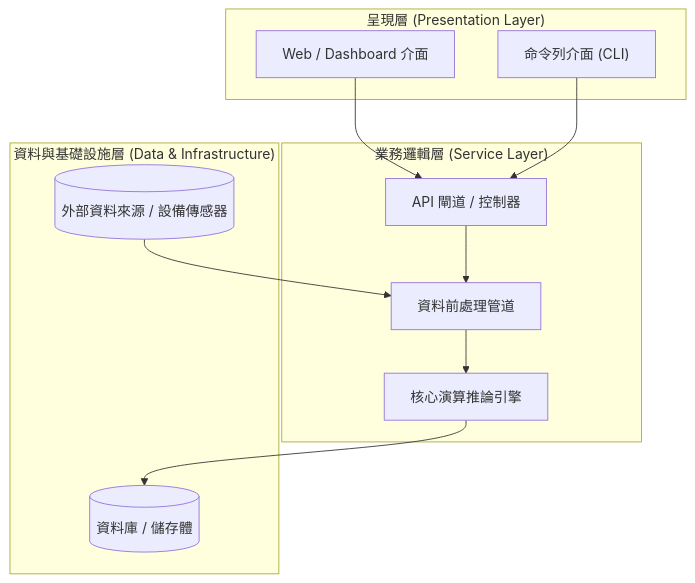
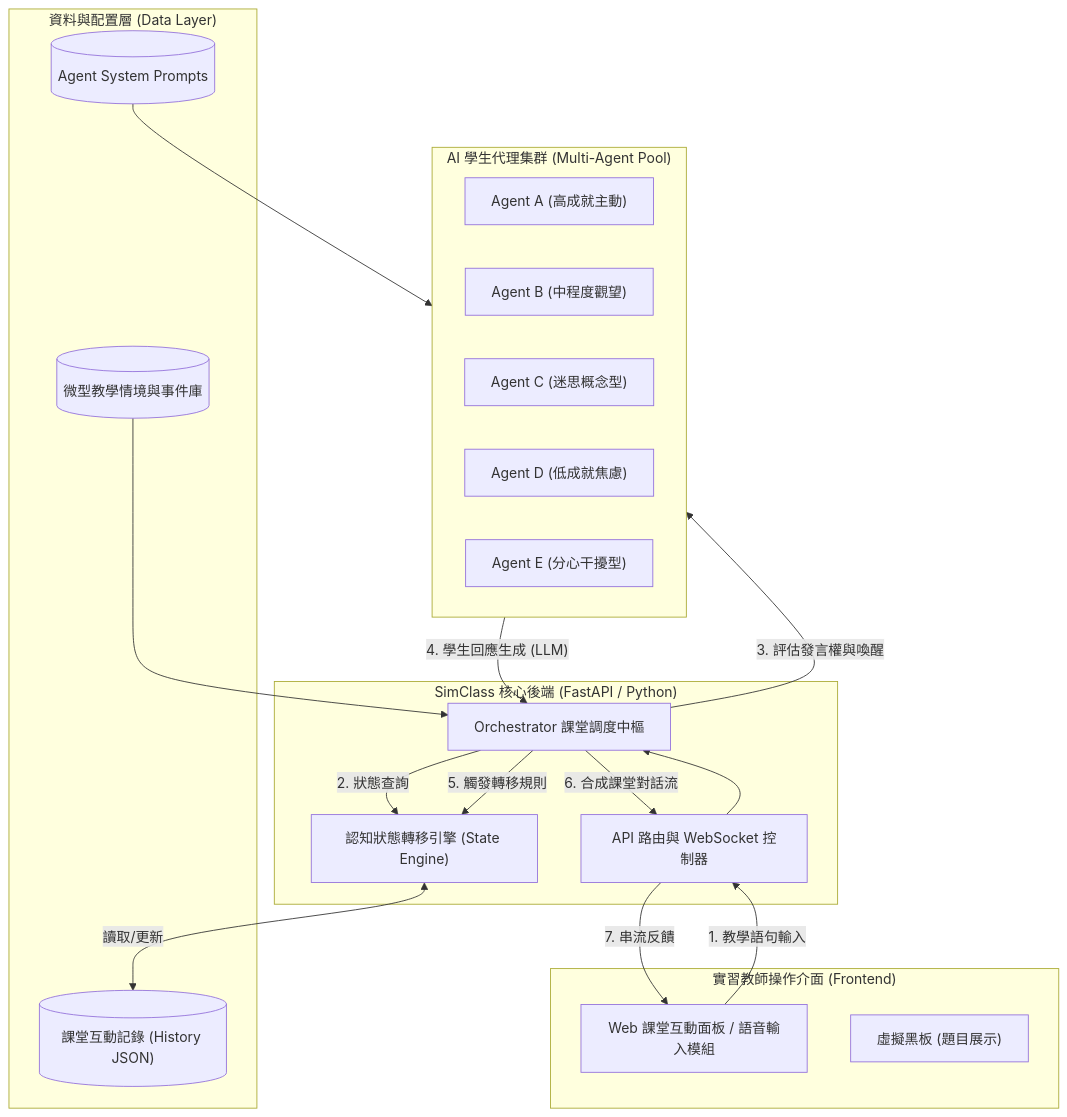
Before and after one commit to Ho-yu-chiao/senior-project: the first of 2 diagrams in docs/spec/architecture.md, drawn with Mermaid. The commit also changed other lines of this file and 18 other files, not shown here.

Commit message:
feat: 整合 Google 文件之 SimClass 教學腳本、Agent Cards 與調度器設計

````diff
--- a/docs/spec/architecture.md
+++ b/docs/spec/architecture.md
@@ -11,25 +11,40 @@
 ```mermaid
 graph TD
-    subgraph UI["呈現層 (Presentation Layer)"]
-        WebUI["Web / Dashboard 介面"]
-        CLI["命令列介面 (CLI)"]
+    subgraph Client["實習教師操作介面 (Frontend)"]
+        TeacherUI["Web 課堂互動面板 / 語音輸入模組"]
+        Board["虛擬黑板 (題目展示)"]
     end
 
-    subgraph Service["業務邏輯層 (Service Layer)"]
-        API["API 閘道 / 控制器"]
-        CoreEngine["核心演算推論引擎"]
-        DataPipeline["資料前處理管道"]
+    subgraph Backend["SimClass 核心後端 (FastAPI / Python)"]
+        API["API 路由與 WebSocket 控制器"]
+        Orchestrator["Orchestrator 課堂調度中樞"]
+        StateEngine["認知狀態轉移引擎 (State Engine)"]
     end
 
-    subgraph Data["資料與基礎設施層 (Data & Infrastructure)"]
-        DB[("資料庫 / 儲存體")]
-        External[("外部資料來源 / 設備傳感器")]
+    subgraph AgentPool["AI 學生代理集群 (Multi-Agent Pool)"]
+        AgentA["Agent A (高成就主動)"]
+        AgentB["Agent B (中程度觀望)"]
+        AgentC["Agent C (迷思概念型)"]
+        AgentD["Agent D (低成就焦慮)"]
+        AgentE["Agent E (分心干擾型)"]
     end
 
-    WebUI --> API
-    CLI --> API
-    API --> DataPipeline
-    DataPipeline --> CoreEngine
-    CoreEngine --> DB
-    External --> DataPipeline
+    subgraph DataLayer["資料與配置層 (Data Layer)"]
+        PromptDB[("Agent System Prompts")]
+        ScenarioDB[("微型教學情境與事件庫")]
+        LogDB[("課堂互動記錄 (History JSON)")]
+    end
+
+    TeacherUI -->|"1. 教學語句輸入"| API
+    API --> Orchestrator
+    Orchestrator -->|"2. 狀態查詢"| StateEngine
+    StateEngine <-->|"讀取/更新"| LogDB
+    PromptDB --> AgentPool
+    ScenarioDB --> Orchestrator
+
+    Orchestrator -->|"3. 評估發言權與喚醒"| AgentPool
+    AgentPool -->|"4. 學生回應生成 (LLM)"| Orchestrator
+    Orchestrator -->|"5. 觸發轉移規則"| StateEngine
+    Orchestrator -->|"6. 合成課堂對話流"| API
+    API -->|"7. 串流反饋"| TeacherUI
 ```
````
